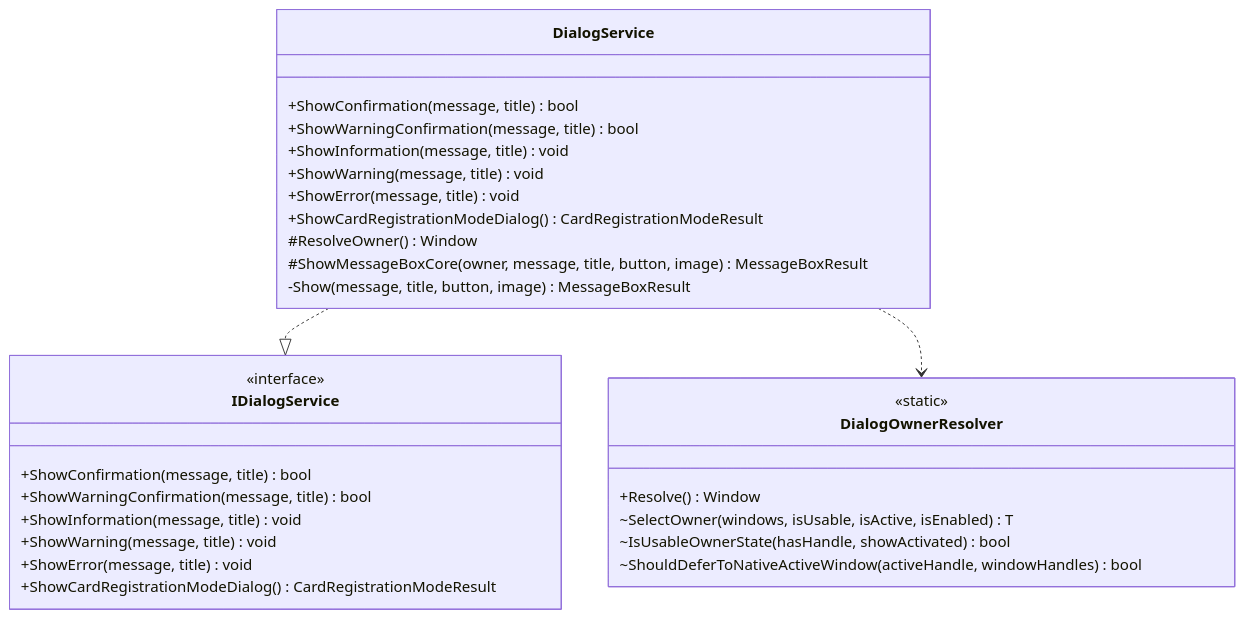
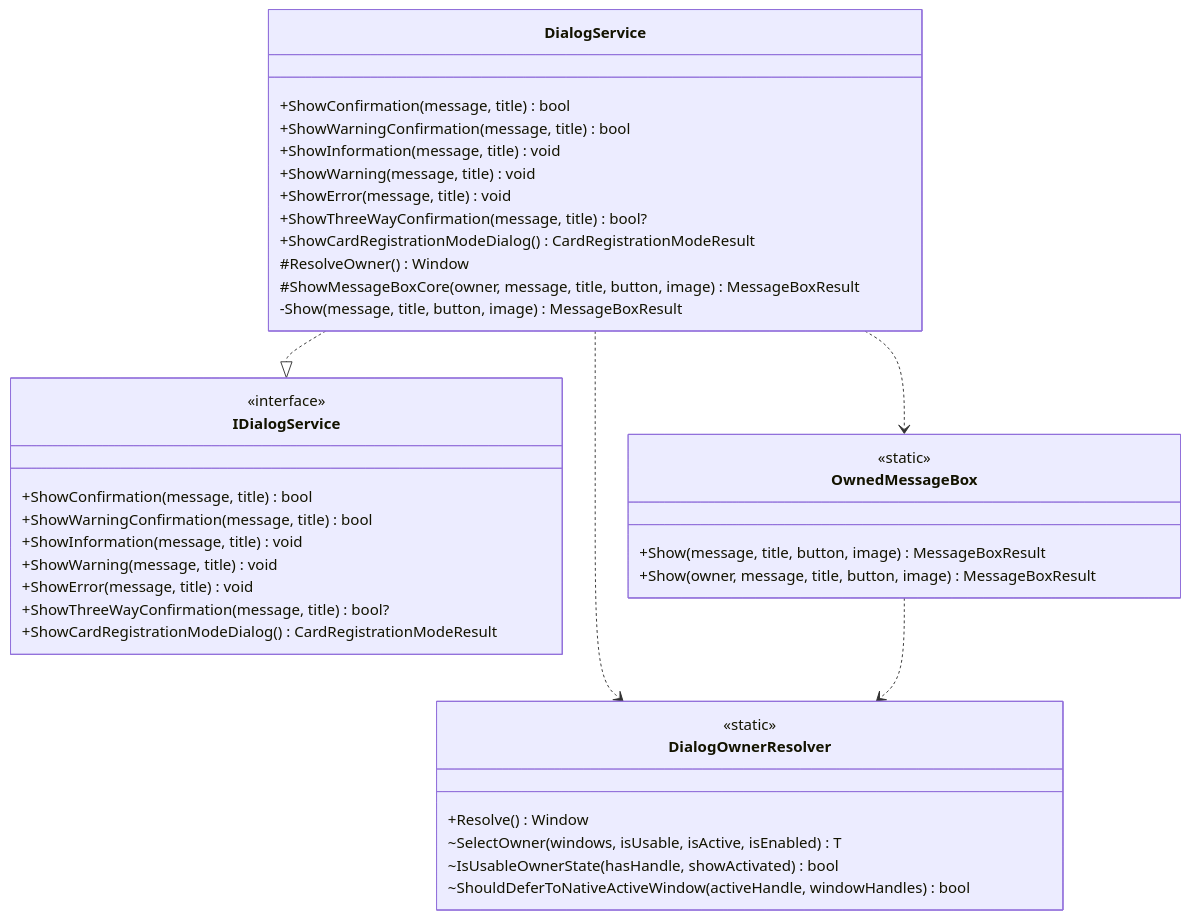
Diagram 29 of 52 in ICCardManager/docs/design/05_クラス設計書.md (kuwayamamasayuki/ICCardManager), drawn with Mermaid before and after one commit. The commit also changed other lines of this file and 24 other files, not shown here.

Commit message:
fix: MessageBox 直呼び 37 か所にオーナーを渡し、ownerless フォールバックを 1 か所へ集約した (#1837) (#1870)

````diff
--- a/ICCardManager/docs/design/05_クラス設計書.md
+++ b/ICCardManager/docs/design/05_クラス設計書.md
@@ -1779,35 +1779,45 @@
 ```mermaid
 classDiagram
     class IDialogService {
         <<interface>>
         +ShowConfirmation(message, title) bool
         +ShowWarningConfirmation(message, title) bool
         +ShowInformation(message, title) void
         +ShowWarning(message, title) void
         +ShowError(message, title) void
+        +ShowThreeWayConfirmation(message, title) bool?
         +ShowCardRegistrationModeDialog() CardRegistrationModeResult
     }
 
     class DialogService {
         +ShowConfirmation(message, title) bool
         +ShowWarningConfirmation(message, title) bool
         +ShowInformation(message, title) void
         +ShowWarning(message, title) void
         +ShowError(message, title) void
+        +ShowThreeWayConfirmation(message, title) bool?
         +ShowCardRegistrationModeDialog() CardRegistrationModeResult
         #ResolveOwner() Window
         #ShowMessageBoxCore(owner, message, title, button, image) MessageBoxResult
         -Show(message, title, button, image) MessageBoxResult
     }
 
     class DialogOwnerResolver {
         <<static>>
         +Resolve() Window
         ~SelectOwner(windows, isUsable, isActive, isEnabled) T
         ~IsUsableOwnerState(hasHandle, showActivated) bool
         ~ShouldDeferToNativeActiveWindow(activeHandle, windowHandles) bool
     }
 
+    class OwnedMessageBox {
+        <<static>>
+        +Show(message, title, button, image) MessageBoxResult
+        +Show(owner, message, title, button, image) MessageBoxResult
+    }
+
     DialogService ..|> IDialogService
     DialogService ..> DialogOwnerResolver
+    DialogService ..> OwnedMessageBox
+    OwnedMessageBox ..> DialogOwnerResolver
 ```
````
